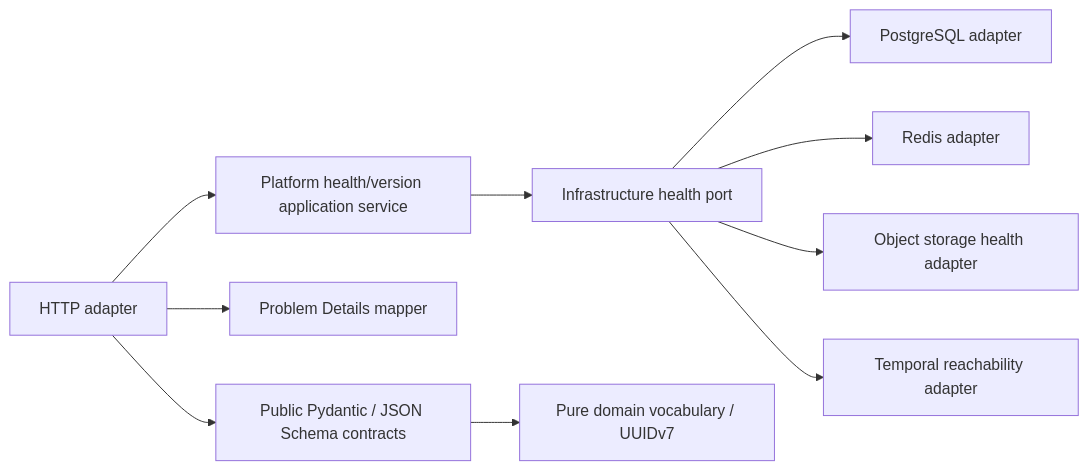
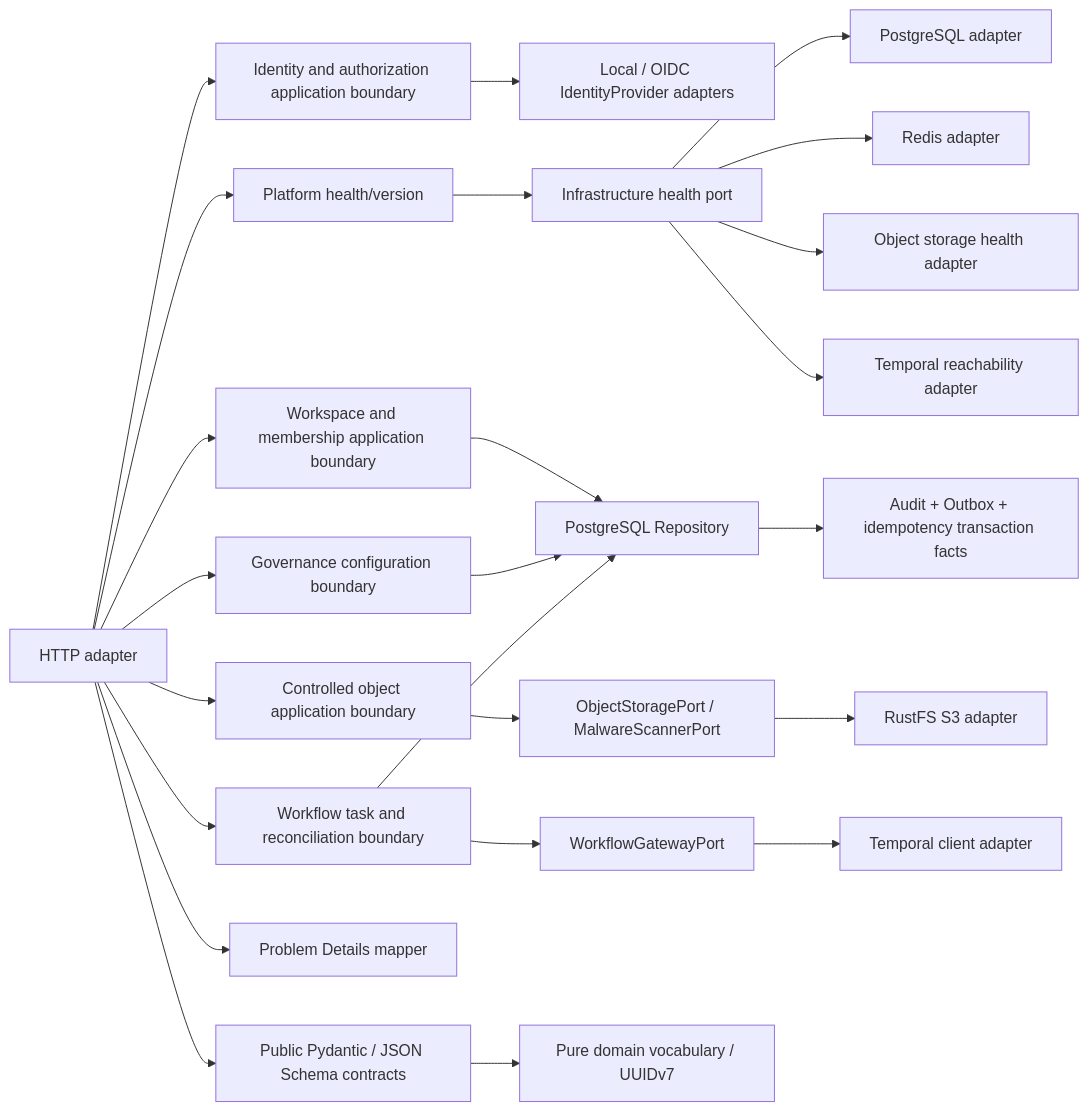
The third of 4 diagrams in docs/architecture/C4_COMPONENT_BASELINE.md (yingerfeng-cloud/NEXWEAVE), drawn with Mermaid before and after one commit. The commit also changed other lines of this file and 113 other files, not shown here.

Commit message:
feat: deliver M1 platform and M2 workflow kernel

````diff
--- a/docs/architecture/C4_COMPONENT_BASELINE.md
+++ b/docs/architecture/C4_COMPONENT_BASELINE.md
@@ -42,12 +42,26 @@
 ```mermaid
 flowchart LR
-  Routes[HTTP adapter] --> Platform[Platform health/version application service]
+  Routes[HTTP adapter] --> Platform[Platform health/version]
+  Routes --> Identity[Identity and authorization application boundary]
+  Routes --> Workspace[Workspace and membership application boundary]
+  Routes --> Governance[Governance configuration boundary]
+  Routes --> Objects[Controlled object application boundary]
+  Routes --> Tasks[Workflow task and reconciliation boundary]
   Routes --> Error[Problem Details mapper]
+  Identity --> IdP[Local / OIDC IdentityProvider adapters]
+  Workspace --> Repo[PostgreSQL Repository]
+  Governance --> Repo
+  Objects --> ObjectPort[ObjectStoragePort / MalwareScannerPort]
+  Tasks --> WorkflowPort[WorkflowGatewayPort]
+  WorkflowPort --> TemporalAdapter[Temporal client adapter]
+  Tasks --> Repo
+  ObjectPort --> S3[RustFS S3 adapter]
+  Repo --> Audit[Audit + Outbox + idempotency transaction facts]
   Platform --> Probe[Infrastructure health port]
   Probe --> PG[PostgreSQL adapter]
   Probe --> R[Redis adapter]
   Probe --> O[Object storage health adapter]
   Probe --> T[Temporal reachability adapter]
   Routes --> Contracts[Public Pydantic / JSON Schema contracts]
   Contracts --> Domain[Pure domain vocabulary / UUIDv7]
 ```
````
